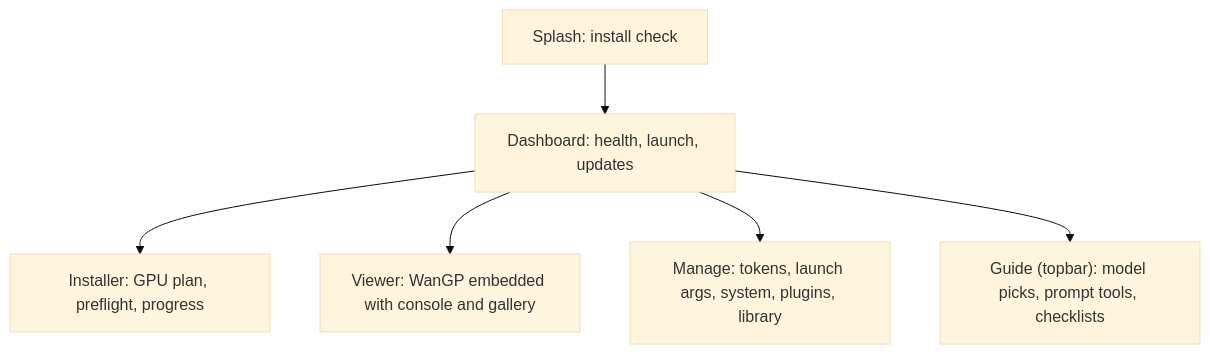
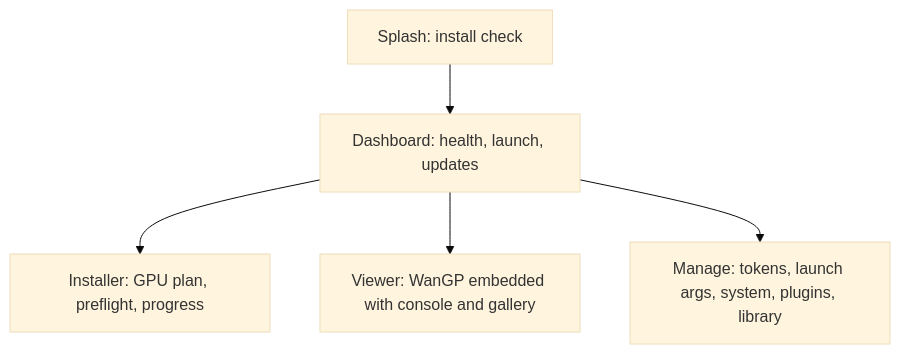
Before and after one commit to GKartist75/Wan2GP-Desktop-Tauri: the first of 2 diagrams in docs/USER-GUIDE.md, drawn with Mermaid (base theme). The commit also changed other lines of this file and 12 other files, not shown here.

````diff
--- a/docs/USER-GUIDE.md
+++ b/docs/USER-GUIDE.md
@@ -14,8 +14,7 @@
 ```mermaid
 flowchart TD
   S["Splash: install check"] --> D["Dashboard: health, launch, updates"]
   D --> I["Installer: GPU plan, preflight, progress"]
   D --> V["Viewer: WanGP embedded with console and gallery"]
   D --> M["Manage: tokens, launch args, system, plugins, library"]
-  D --> G["Guide (topbar): model picks, prompt tools, checklists"]
 ```
````
